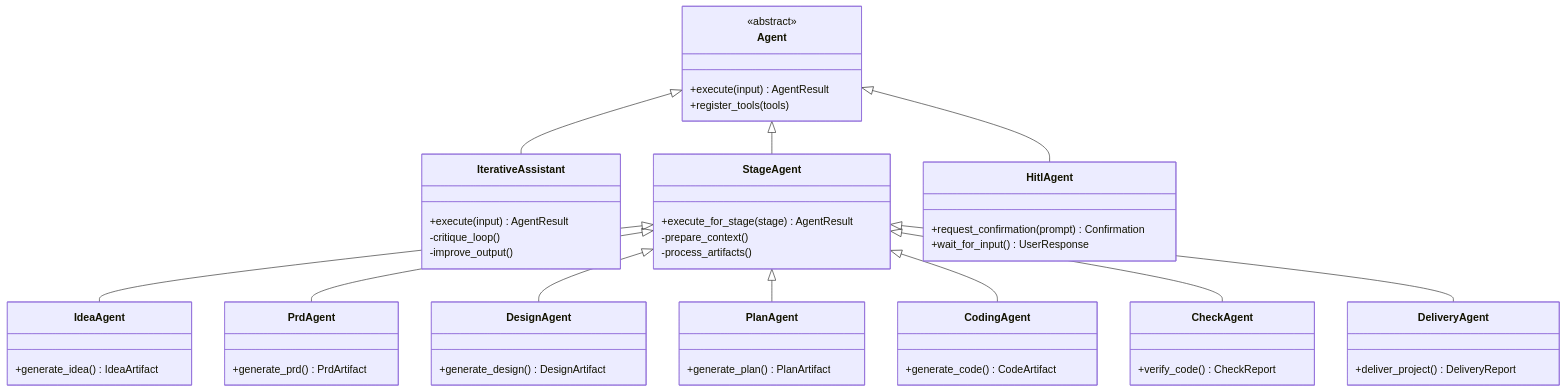
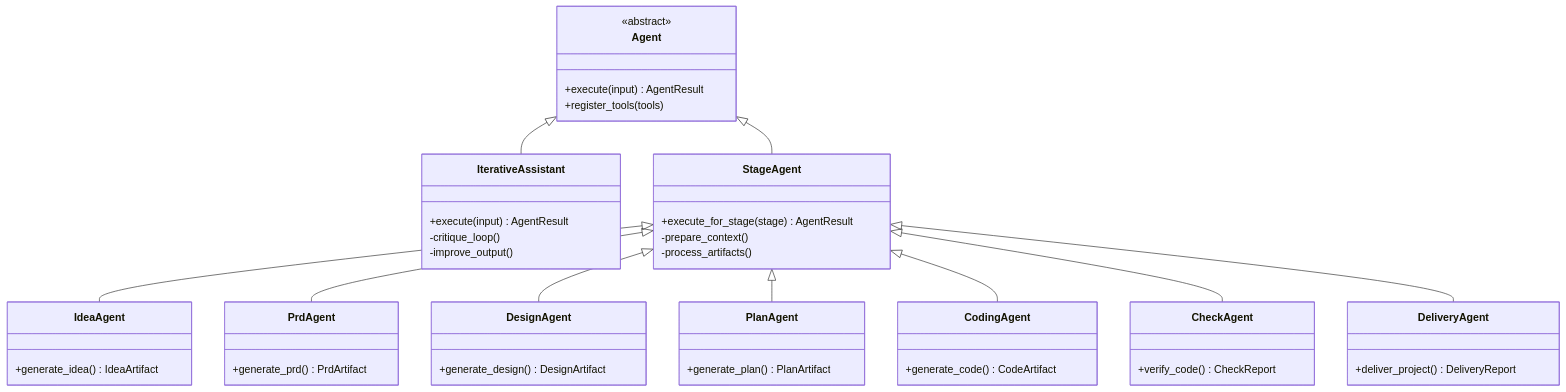
Before and after one commit to sopaco/cowork-forge: the third of 10 diagrams in docs/c03-modules.md, drawn with Mermaid. The commit also changed other lines of this file and 5 other files, not shown here.

````diff
--- a/docs/c03-modules.md
+++ b/docs/c03-modules.md
@@ -108,59 +107,53 @@
 ```mermaid
 classDiagram
     class Agent {
         <<abstract>>
         +execute(input) AgentResult
         +register_tools(tools)
     }
     
     class IterativeAssistant {
         +execute(input) AgentResult
         -critique_loop()
         -improve_output()
     }
     
     class StageAgent {
         +execute_for_stage(stage) AgentResult
         -prepare_context()
         -process_artifacts()
     }
     
-    class HitlAgent {
-        +request_confirmation(prompt) Confirmation
-        +wait_for_input() UserResponse
-    }
-    
     Agent <|-- IterativeAssistant
     Agent <|-- StageAgent
-    Agent <|-- HitlAgent
     
     class IdeaAgent {
         +generate_idea() IdeaArtifact
     }
     class PrdAgent {
         +generate_prd() PrdArtifact
     }
     class DesignAgent {
         +generate_design() DesignArtifact
     }
     class PlanAgent {
         +generate_plan() PlanArtifact
     }
     class CodingAgent {
         +generate_code() CodeArtifact
     }
     class CheckAgent {
         +verify_code() CheckReport
     }
     class DeliveryAgent {
         +deliver_project() DeliveryReport
     }
     
     StageAgent <|-- IdeaAgent
     StageAgent <|-- PrdAgent
     StageAgent <|-- DesignAgent
     StageAgent <|-- PlanAgent
     StageAgent <|-- CodingAgent
     StageAgent <|-- CheckAgent
     StageAgent <|-- DeliveryAgent
 ```
````
